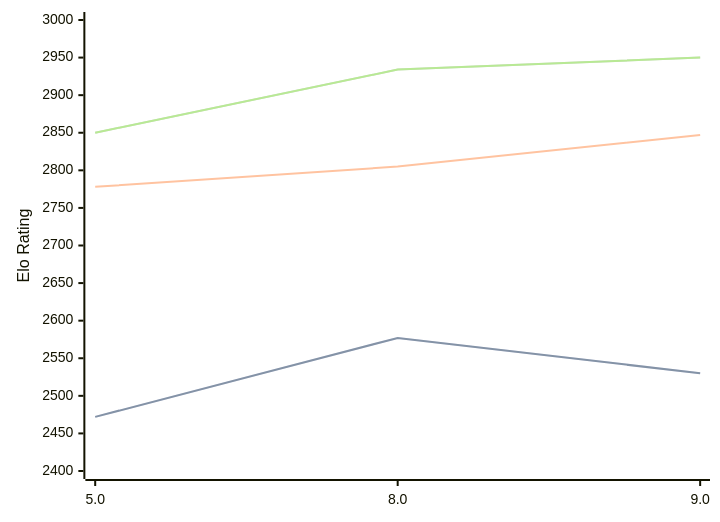
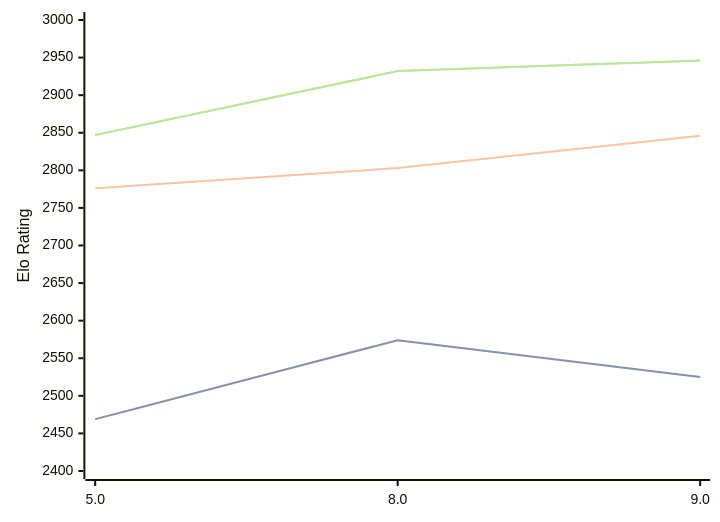
Before and after one commit to computer-chess-index/cci: the diagram in engines/4kc.md, drawn with Mermaid. The commit also changed other lines of this file, not shown here.

Commit message:
Update CCI Ratings (ELO VLTC) - 2026-08-12

````diff
--- a/engines/4kc.md
+++ b/engines/4kc.md
@@ -33,11 +33,11 @@
 ```mermaid
 %%{init: {"theme":"base","themeVariables":{"seriesColors:['#a3a3a3','#222221','#faa371']}}}%%
 xychart-beta
   x-axis ["5.0", "8.0", "9.0"]
   y-axis "Elo Rating" 2400 --> 3000
-  line "STC (8.0+0.08s)" [2472, 2577, 2530]
-  line "STC (8.0+0.08s)" [2472, 2577, 2530]
-  line "LTC (60.0+0.60s)" [2778, 2805, 2847]
-  line "VLTC (2m24s+1.12s)" [2850, 2934, 2950]
-  line "VLTC (2m24s+1.12s)" [2850, 2934, 2950]
+  line "STC (8.0+0.08s)" [2469, 2574, 2525]
+  line "STC (8.0+0.08s)" [2469, 2574, 2525]
+  line "LTC (60.0+0.60s)" [2776, 2803, 2846]
+  line "VLTC (2m24s+1.12s)" [2847, 2932, 2946]
+  line "VLTC (2m24s+1.12s)" [2847, 2932, 2946]
 ```
````
